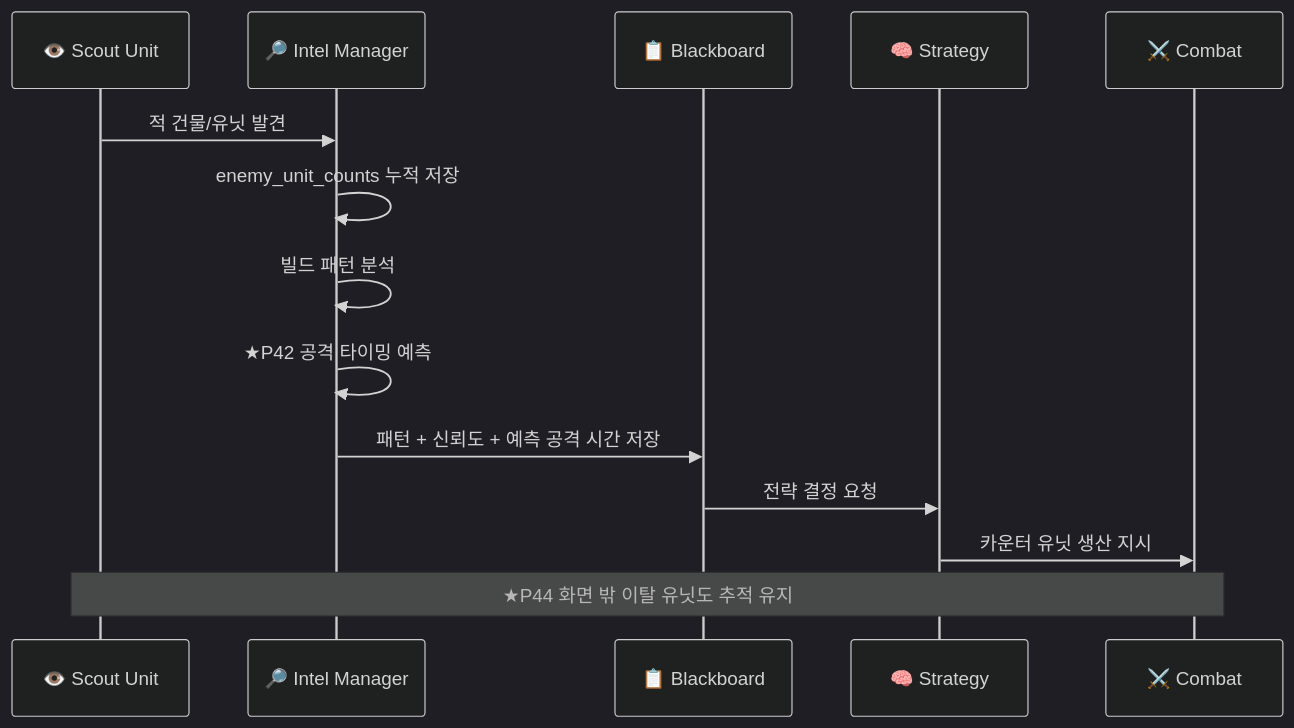
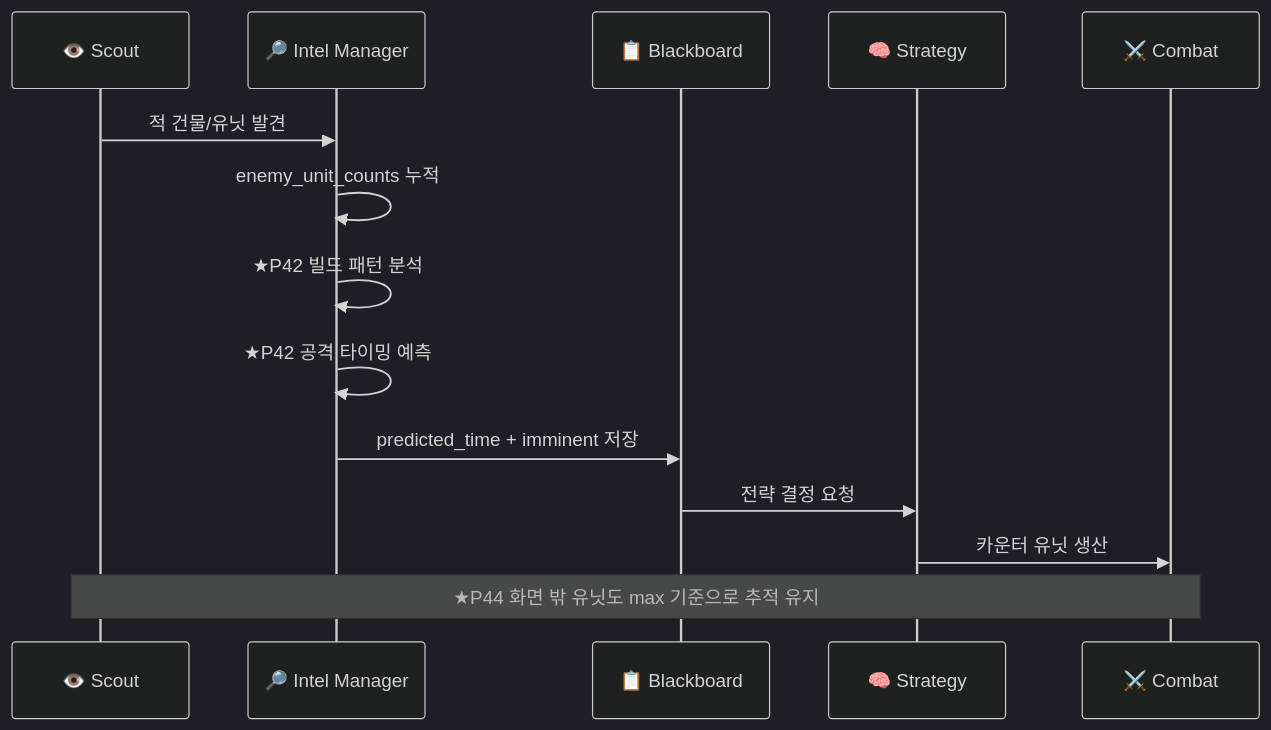
Before and after one commit to sun475300-sudo/Swarm-control-in-sc2bot: diagram 14 of 26 in README.md, drawn with Mermaid (dark theme). The commit also changed other lines of this file, not shown here.

````diff
--- a/README.md
+++ b/README.md
@@ -778,17 +694,17 @@
 ```mermaid
 sequenceDiagram
-    participant Scout as 👁️ Scout Unit
-    participant Intel as 🔎 Intel Manager
+    participant S as 👁️ Scout
+    participant I as 🔎 Intel Manager
     participant BB as 📋 Blackboard
-    participant Strategy as 🧠 Strategy
-    participant Combat as ⚔️ Combat
+    participant ST as 🧠 Strategy
+    participant CO as ⚔️ Combat
 
-    Scout->>Intel: 적 건물/유닛 발견
-    Intel->>Intel: enemy_unit_counts 누적 저장
-    Intel->>Intel: 빌드 패턴 분석
-    Intel->>Intel: ★P42 공격 타이밍 예측
-    Intel->>BB: 패턴 + 신뢰도 + 예측 공격 시간 저장
-    BB->>Strategy: 전략 결정 요청
-    Strategy->>Combat: 카운터 유닛 생산 지시
-    Note over Scout,Combat: ★P44 화면 밖 이탈 유닛도 추적 유지
+    S->>I: 적 건물/유닛 발견
+    I->>I: enemy_unit_counts 누적
+    I->>I: ★P42 빌드 패턴 분석
+    I->>I: ★P42 공격 타이밍 예측
+    I->>BB: predicted_time + imminent 저장
+    BB->>ST: 전략 결정 요청
+    ST->>CO: 카운터 유닛 생산
+    Note over S,CO: ★P44 화면 밖 유닛도 max 기준으로 추적 유지
 ```
````
